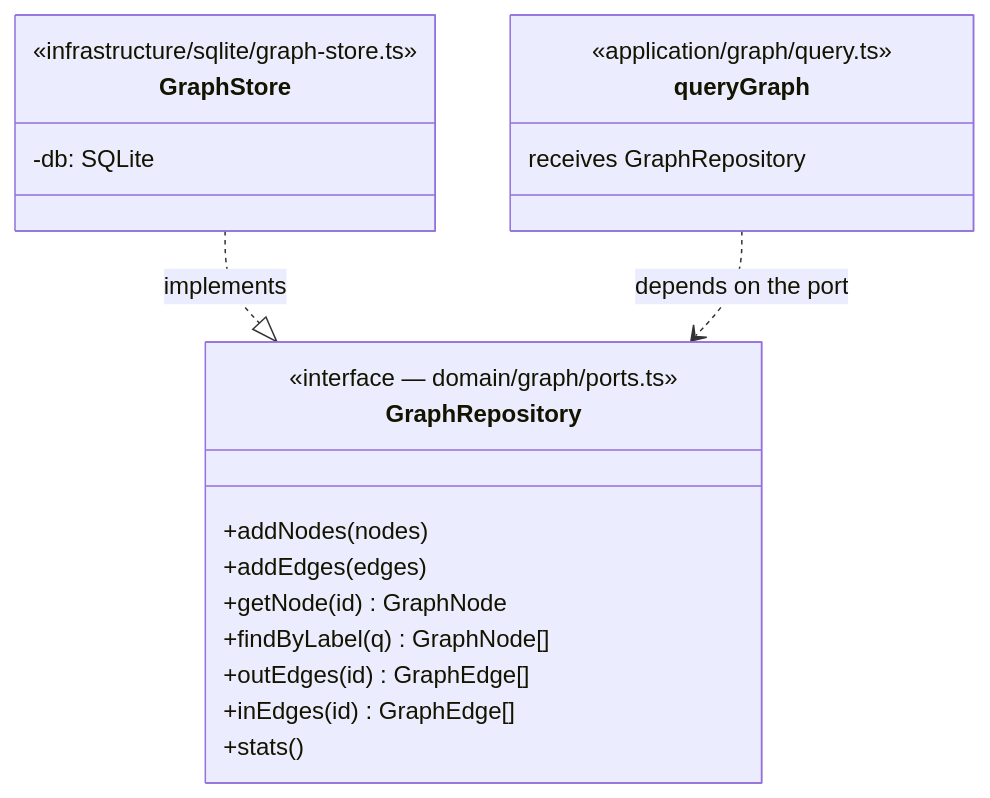
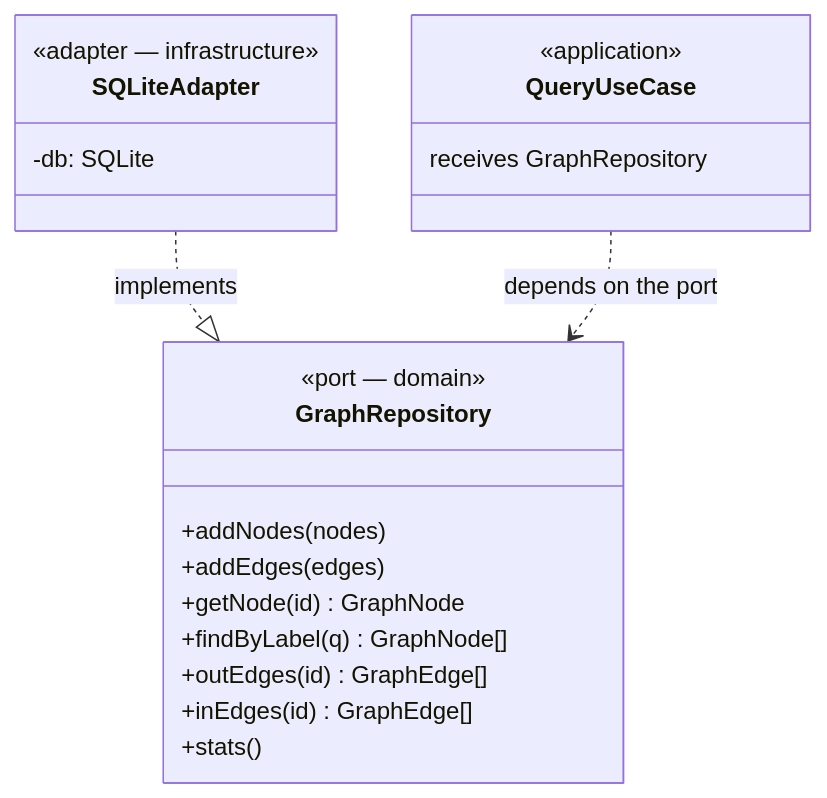
Before and after one commit to Kolimar/leina: the second of 4 diagrams in docs/i18n/en/concepts/01-arquitectura.md, drawn with Mermaid. The commit also changed other lines of this file and 22 other files, not shown here.

````diff
--- a/docs/i18n/en/concepts/01-arquitectura.md
+++ b/docs/i18n/en/concepts/01-arquitectura.md
@@ -65,23 +65,23 @@
 ```mermaid
 classDiagram
     class GraphRepository {
-        <<interface — domain/graph/ports.ts>>
+        <<port — domain>>
         +addNodes(nodes)
         +addEdges(edges)
         +getNode(id) GraphNode
         +findByLabel(q) GraphNode[]
         +outEdges(id) GraphEdge[]
         +inEdges(id) GraphEdge[]
         +stats()
     }
-    class GraphStore {
-        <<infrastructure/sqlite/graph-store.ts>>
+    class SQLiteAdapter {
+        <<adapter — infrastructure>>
         -db: SQLite
     }
-    class queryGraph {
-        <<application/graph/query.ts>>
+    class QueryUseCase {
+        <<application>>
         receives GraphRepository
     }
-    GraphStore ..|> GraphRepository : implements
-    queryGraph ..> GraphRepository : depends on the port
+    SQLiteAdapter ..|> GraphRepository : implements
+    QueryUseCase ..> GraphRepository : depends on the port
 ```
````
